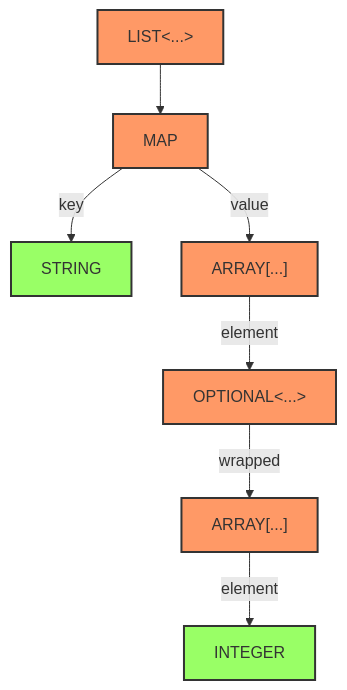
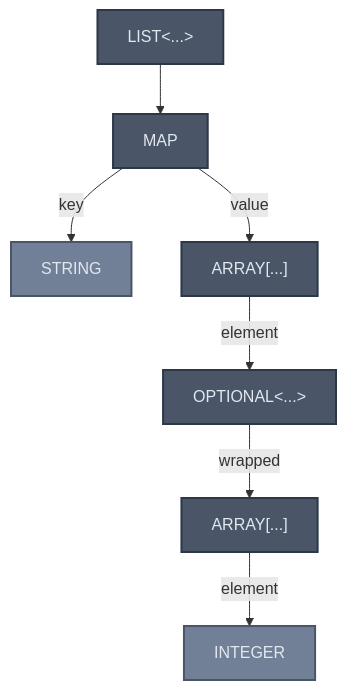
Before and after one commit to simbo1905/simple-pickle: the diagram in ARCHITECTURE.md, drawn with Mermaid.

````diff
--- a/ARCHITECTURE.md
+++ b/ARCHITECTURE.md
@@ -252,15 +252,15 @@
 ```mermaid
 graph TD
     A["LIST<...>"] --> B["MAP<K,V>"]
     B -->|key| C["STRING"]
     B -->|value| D["ARRAY[...]"]
     D -->|element| E["OPTIONAL<...>"]
     E -->|wrapped| F["ARRAY[...]"]
     F -->|element| G["INTEGER"]
-    
-    classDef container fill:#f96,stroke:#333,stroke-width:2px
-    classDef primitive fill:#9f6,stroke:#333,stroke-width:2px
-    
+
+    classDef container fill:#4a5568,stroke:#2d3748,stroke-width:2px,color:#e2e8f0
+    classDef primitive fill:#718096,stroke:#4a5568,stroke-width:2px,color:#e2e8f0
+
     class A,B,D,E,F container
     class C,G primitive
 ```
````
